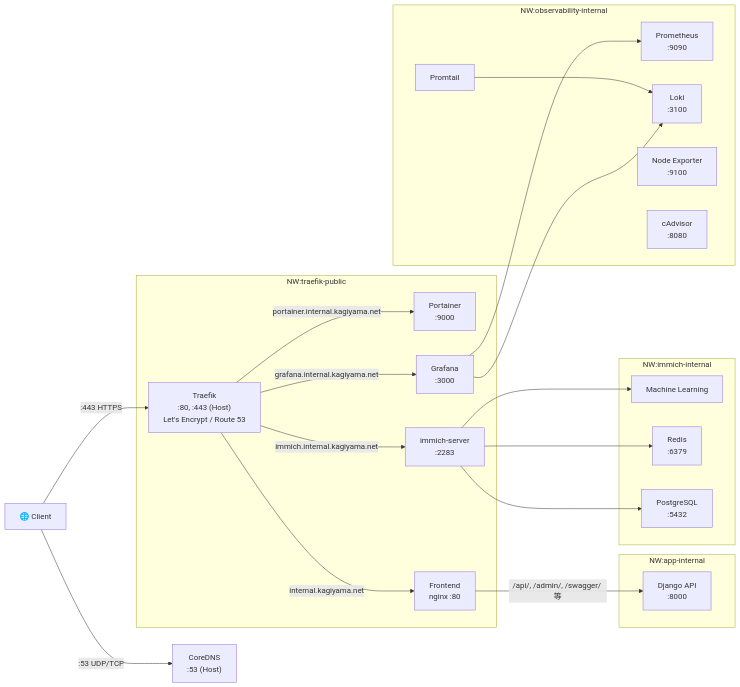
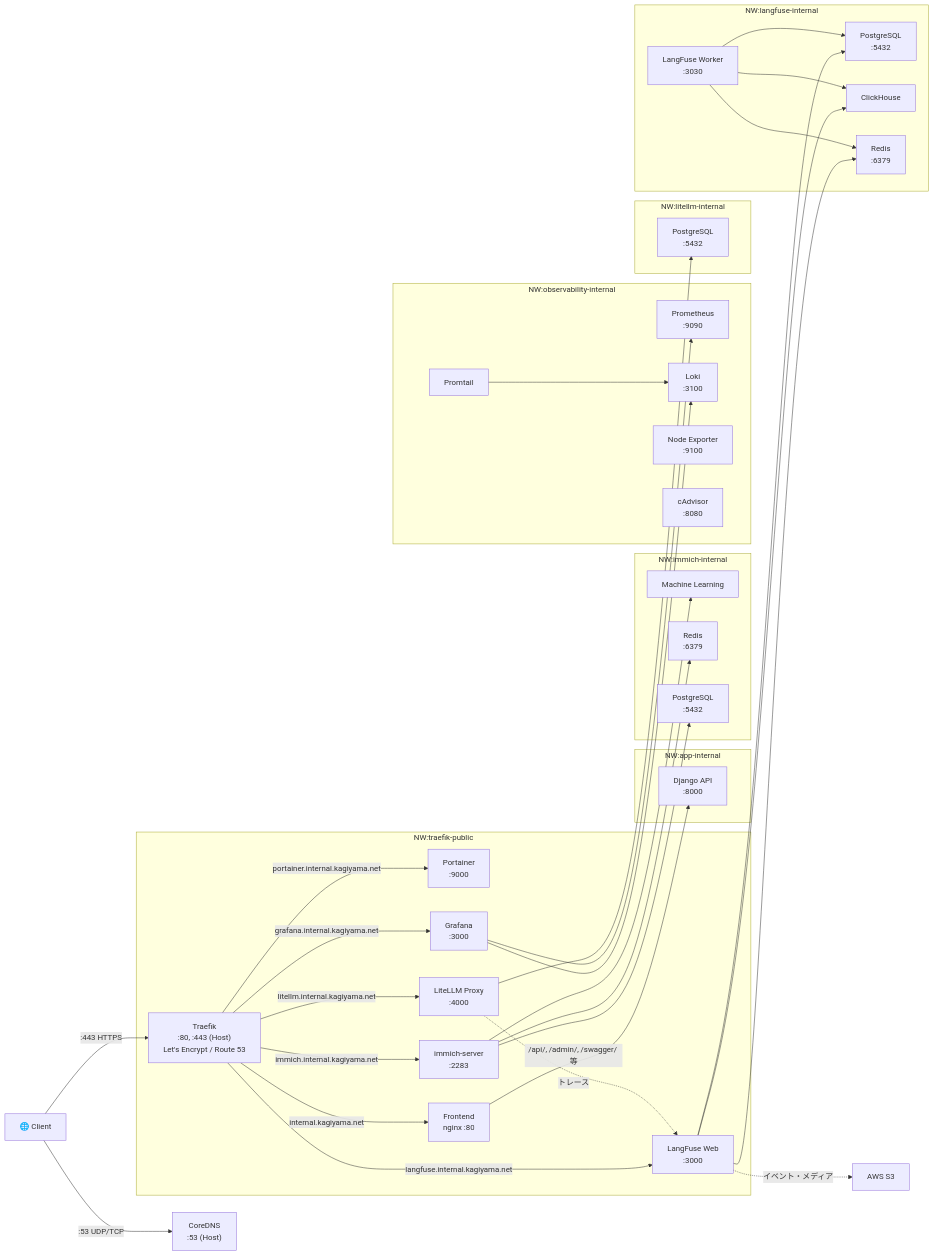
Before and after one commit to kagiyama-baking/internal.kagiyama.net: the diagram in README.md, drawn with Mermaid. The commit also changed other lines of this file and 2 other files, not shown here.

First line of the commit message:
docs: README に LiteLLM・LangFuse・OpenTofu の情報を追加

````diff
--- a/README.md
+++ b/README.md
@@ -55,51 +59,81 @@
 ```mermaid
 graph LR
     Browser["🌐 Client"]
     Browser -->|":443 HTTPS"| Traefik
 
     Browser -->|":53 UDP/TCP"| CoreDNS["CoreDNS<br>:53 (Host)"]
 
     subgraph traefik-public["NW:traefik-public"]
         Traefik["Traefik<br>:80, :443 (Host) <br>Let's Encrypt / Route 53"]
         Portainer["Portainer<br>:9000"]
         ImmichServer["immich-server<br>:2283"]
         Grafana["Grafana<br>:3000"]
         Frontend["Frontend<br>nginx :80"]
+        LiteLLMProxy["LiteLLM Proxy<br>:4000"]
+        LangFuseWeb["LangFuse Web<br>:3000"]
     end
 
     Traefik -->|"portainer.internal.kagiyama.net"| Portainer
     Traefik -->|"immich.internal.kagiyama.net"| ImmichServer
     Traefik -->|"grafana.internal.kagiyama.net"| Grafana
     Traefik -->|"internal.kagiyama.net"| Frontend
+    Traefik -->|"litellm.internal.kagiyama.net"| LiteLLMProxy
+    Traefik -->|"langfuse.internal.kagiyama.net"| LangFuseWeb
 
     subgraph app-internal["NW:app-internal"]
         Frontend
         DjangoAPI["Django API<br>:8000"]
     end
 
     Frontend -->|"/api/, /admin/, /swagger/ 等"| DjangoAPI
 
     subgraph immich-internal["NW:immich-internal"]
         ImmichServer
         MachineLearning["Machine Learning"]
         Redis["Redis<br>:6379"]
         Postgres["PostgreSQL<br>:5432"]
     end
 
     ImmichServer --> Redis
     ImmichServer --> Postgres
     ImmichServer --> MachineLearning
 
     subgraph observability-internal["NW:observability-internal"]
         Grafana
         Prometheus["Prometheus<br>:9090"]
         Loki["Loki<br>:3100"]
         Promtail["Promtail"]
         NodeExporter["Node Exporter<br>:9100"]
         cAdvisor["cAdvisor<br>:8080"]
     end
 
     Grafana --> Prometheus
     Grafana --> Loki
     Promtail --> Loki
+
+    subgraph litellm-internal["NW:litellm-internal"]
+        LiteLLMProxy
+        LiteLLMDB["PostgreSQL<br>:5432"]
+    end
+
+    LiteLLMProxy --> LiteLLMDB
+
+    subgraph langfuse-internal["NW:langfuse-internal"]
+        LangFuseWeb
+        LangFuseWorker["LangFuse Worker<br>:3030"]
+        LangFuseDB["PostgreSQL<br>:5432"]
+        ClickHouse["ClickHouse"]
+        LangFuseRedis["Redis<br>:6379"]
+    end
+
+    LangFuseWeb --> LangFuseDB
+    LangFuseWeb --> ClickHouse
+    LangFuseWeb --> LangFuseRedis
+    LangFuseWorker --> LangFuseDB
+    LangFuseWorker --> ClickHouse
+    LangFuseWorker --> LangFuseRedis
+
+    LiteLLMProxy -.->|"トレース"| LangFuseWeb
+
+    LangFuseWeb -.->|"イベント・メディア"| S3["AWS S3"]
 ```
````
